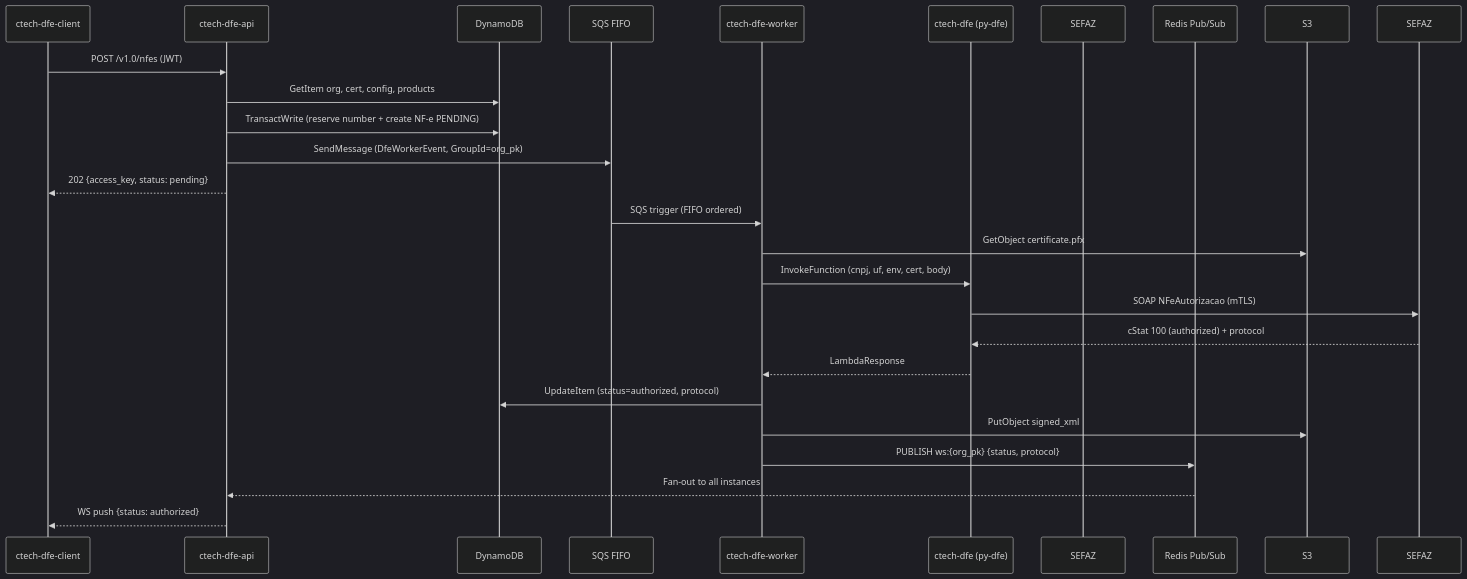
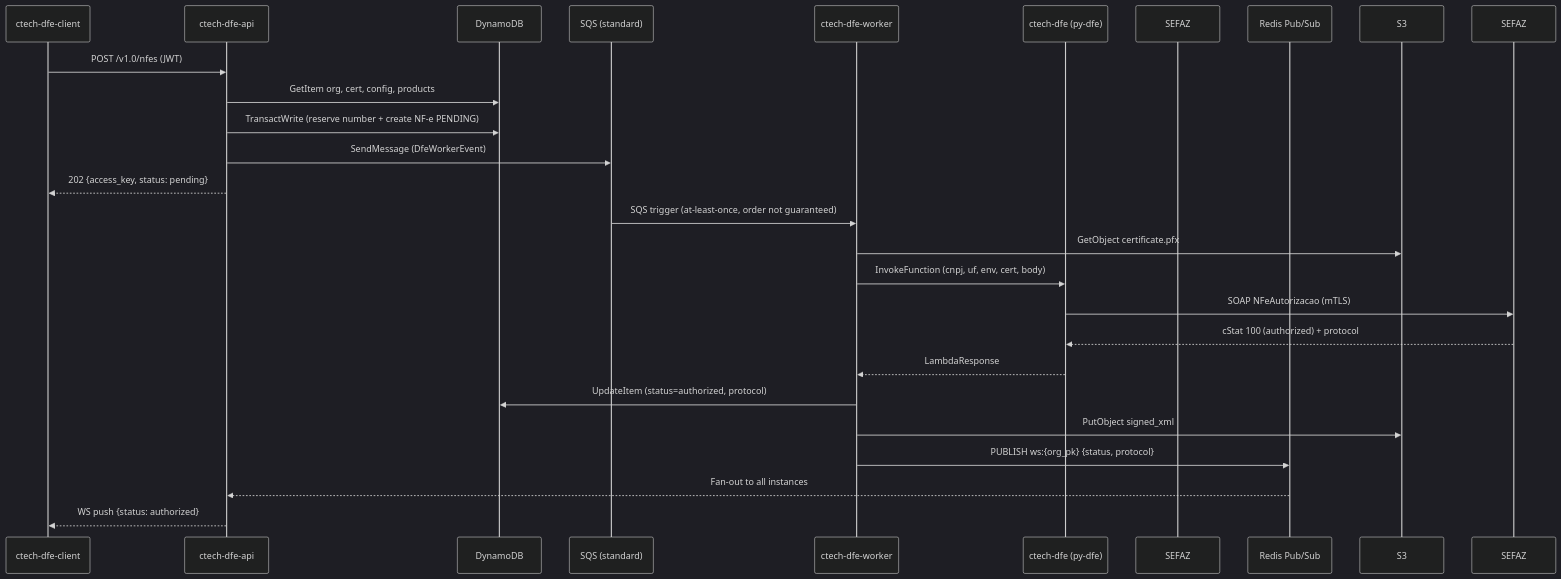
One commit to artur-oliveira/ctech-dfe changed the third of 4 diagrams in MIGRATION.md. Above: the diagram before and after it, drawn with Mermaid (dark theme). The commit also changed other lines of this file and 5 other files, not shown here.

Commit message:
docs: correct SQS FIFO claims and org header name across docs

````diff
--- a/MIGRATION.md
+++ b/MIGRATION.md
@@ -212,29 +212,29 @@
 ```mermaid
 sequenceDiagram
     participant C as ctech-dfe-client
     participant A as ctech-dfe-api
     participant D as DynamoDB
-    participant Q as SQS FIFO
+    participant Q as SQS (standard)
     participant W as ctech-dfe-worker
     participant L as ctech-dfe (py-dfe)
     participant S as SEFAZ
     participant R as Redis Pub/Sub
 
     C->>A: POST /v1.0/nfes (JWT)
     A->>D: GetItem org, cert, config, products
     A->>D: TransactWrite (reserve number + create NF-e PENDING)
-    A->>Q: SendMessage (DfeWorkerEvent, GroupId=org_pk)
+    A->>Q: SendMessage (DfeWorkerEvent)
     A-->>C: 202 {access_key, status: pending}
 
-    Q->>W: SQS trigger (FIFO ordered)
+    Q->>W: SQS trigger (at-least-once, order not guaranteed)
     W->>S3: GetObject certificate.pfx
     W->>L: InvokeFunction (cnpj, uf, env, cert, body)
     L->>SEFAZ: SOAP NFeAutorizacao (mTLS)
     SEFAZ-->>L: cStat 100 (authorized) + protocol
     L-->>W: LambdaResponse
     W->>D: UpdateItem (status=authorized, protocol)
     W->>S3: PutObject signed_xml
     W->>R: PUBLISH ws:{org_pk} {status, protocol}
     R-->>A: Fan-out to all instances
     A-->>C: WS push {status: authorized}
 ```
````
